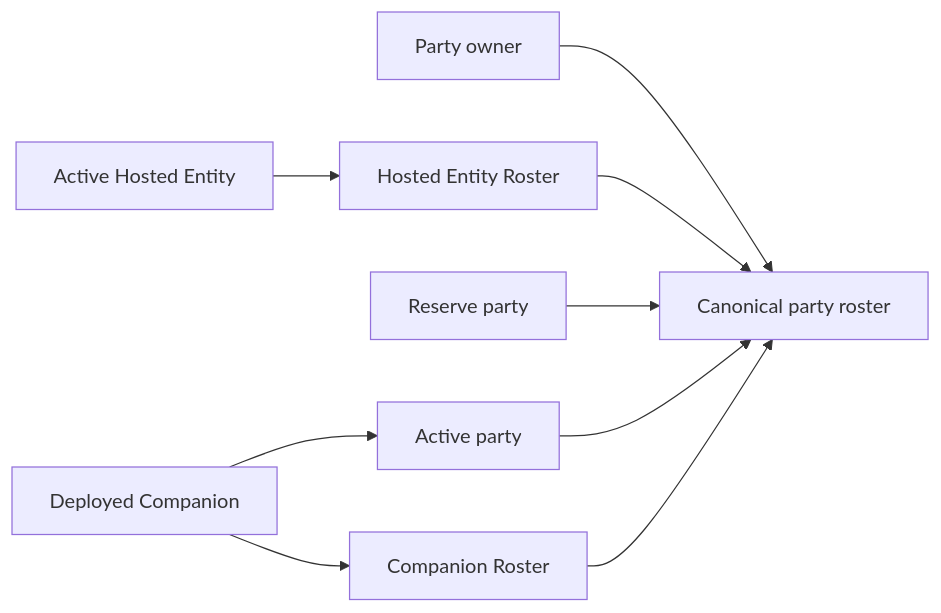
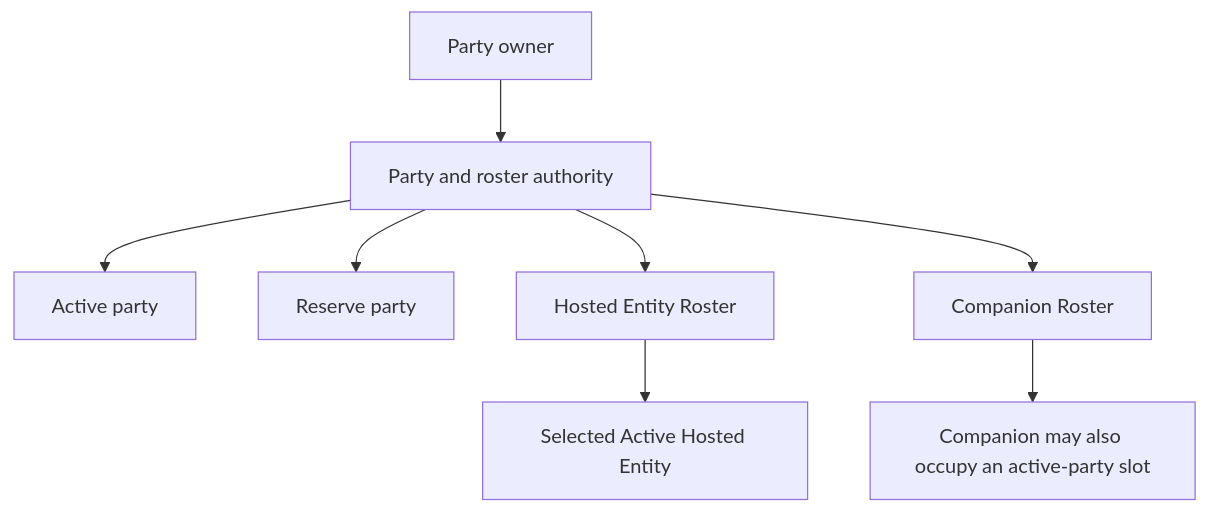
One commit to KayelC/Convergence changed the diagram in docs/mechanics/party-inventory-and-economy.md. Above: the diagram before and after it, drawn with Mermaid. The commit also changed other lines of this file, not shown here.

````diff
--- a/docs/mechanics/party-inventory-and-economy.md
+++ b/docs/mechanics/party-inventory-and-economy.md
@@ -32,11 +37,10 @@
 ```mermaid
-flowchart LR
-    Owner["Party owner"] --> Party["Canonical party roster"]
-    Active["Active party"] --> Party
-    Reserve["Reserve party"] --> Party
-    Hosted["Hosted Entity Roster"] --> Party
-    Companion["Companion Roster"] --> Party
-    ActiveHosted["Active Hosted Entity"] --> Hosted
-    Deployed["Deployed Companion"] --> Active
-    Deployed --> Companion
+flowchart TB
+    Owner["Party owner"] --> Party["Party and roster authority"]
+    Party --> Active["Active party"]
+    Party --> Reserve["Reserve party"]
+    Party --> Hosted["Hosted Entity Roster"]
+    Party --> Companions["Companion Roster"]
+    Hosted --> ActiveHosted["Selected Active Hosted Entity"]
+    Companions --> Deployed["Companion may also occupy an active-party slot"]
 ```
````
